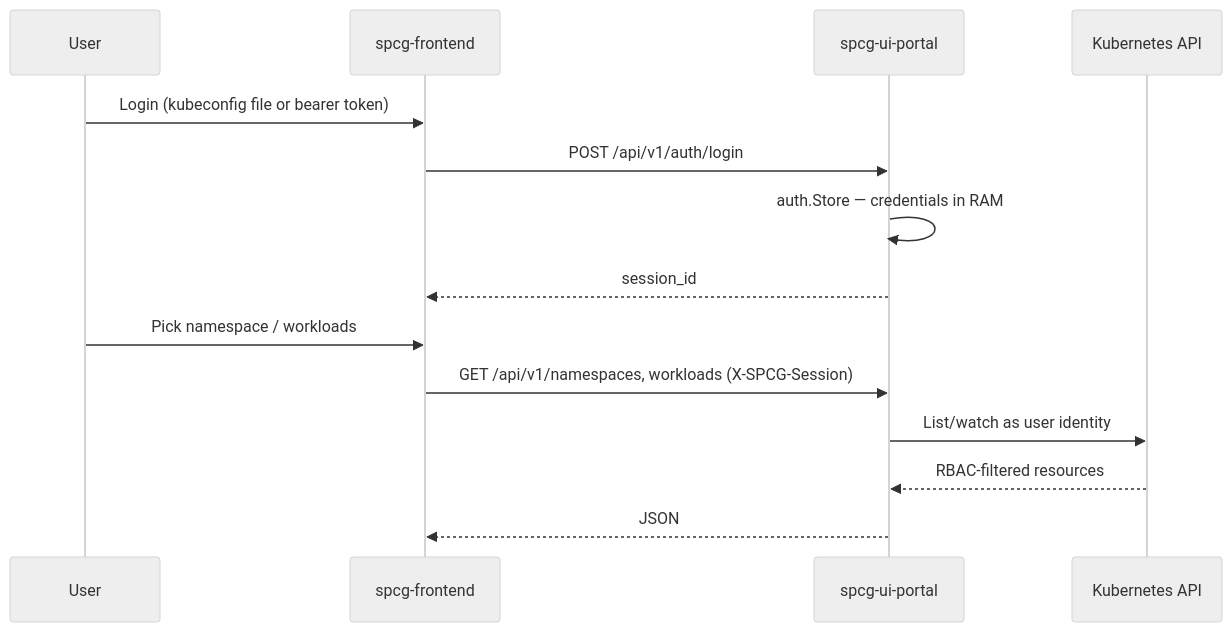
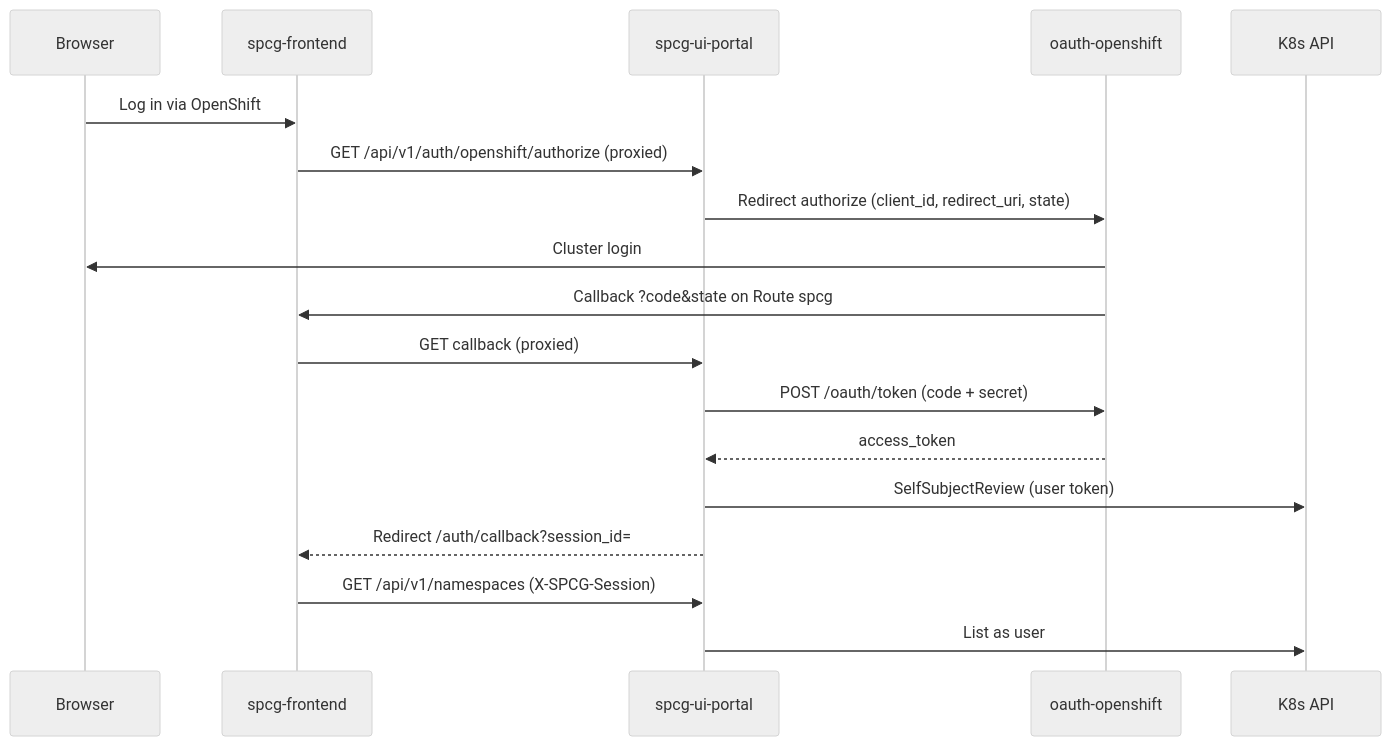
The first of 2 diagrams in docs/ARCHITECTURE.md (mothomas/netobserv-spcg), drawn with Mermaid (neutral theme) before and after one commit. The commit also changed other lines of this file and 17 other files, not shown here.

````diff
--- a/docs/ARCHITECTURE.md
+++ b/docs/ARCHITECTURE.md
@@ -89,17 +56,21 @@
 ```mermaid
 sequenceDiagram
-  participant U as User
+  participant U as Browser
   participant F as spcg-frontend
   participant P as spcg-ui-portal
-  participant K as Kubernetes API
+  participant O as oauth-openshift
+  participant K as K8s API
 
-  U->>F: Login (kubeconfig file or bearer token)
-  F->>P: POST /api/v1/auth/login
-  P->>P: auth.Store — credentials in RAM
-  P-->>F: session_id
-  U->>F: Pick namespace / workloads
-  F->>P: GET /api/v1/namespaces, workloads (X-SPCG-Session)
-  P->>K: List/watch as user identity
-  K-->>P: RBAC-filtered resources
-  P-->>F: JSON
+  U->>F: Log in via OpenShift
+  F->>P: GET /api/v1/auth/openshift/authorize (proxied)
+  P->>O: Redirect authorize (client_id, redirect_uri, state)
+  O->>U: Cluster login
+  O->>F: Callback ?code&state on Route spcg
+  F->>P: GET callback (proxied)
+  P->>O: POST /oauth/token (code + secret)
+  O-->>P: access_token
+  P->>K: SelfSubjectReview (user token)
+  P-->>F: Redirect /auth/callback?session_id=
+  F->>P: GET /api/v1/namespaces (X-SPCG-Session)
+  P->>K: List as user
 ```
````
